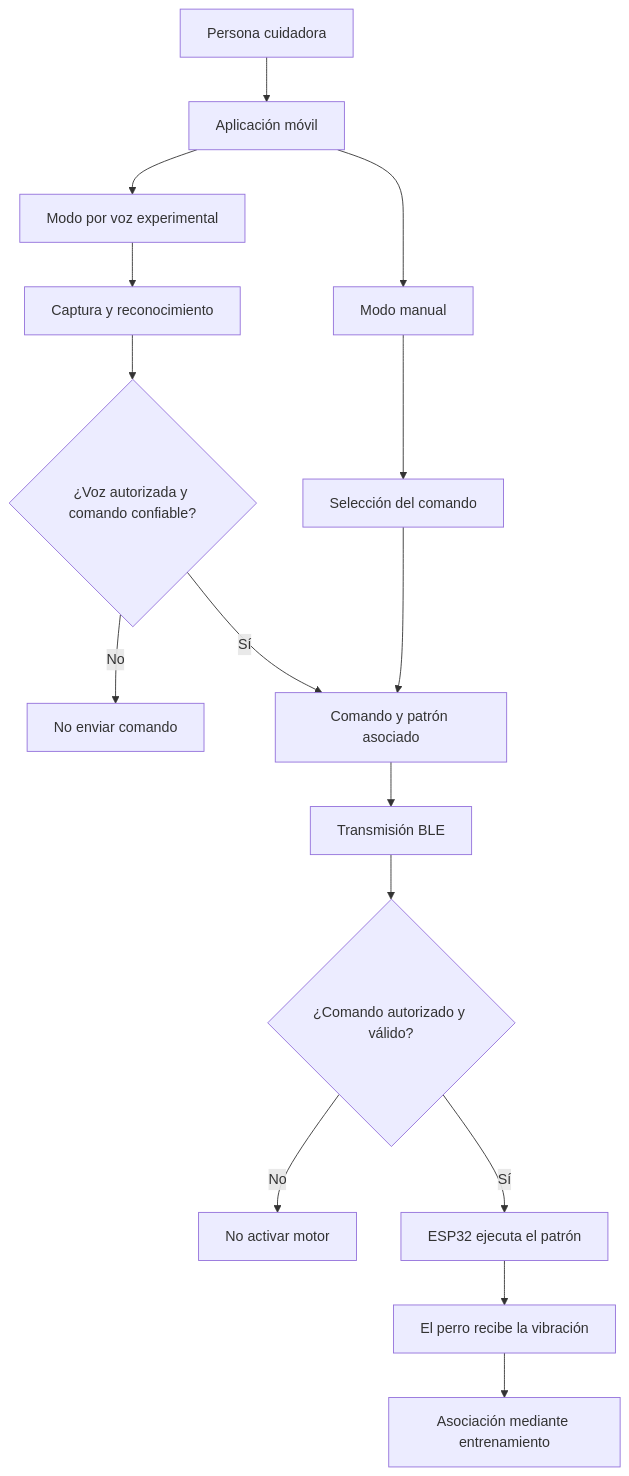
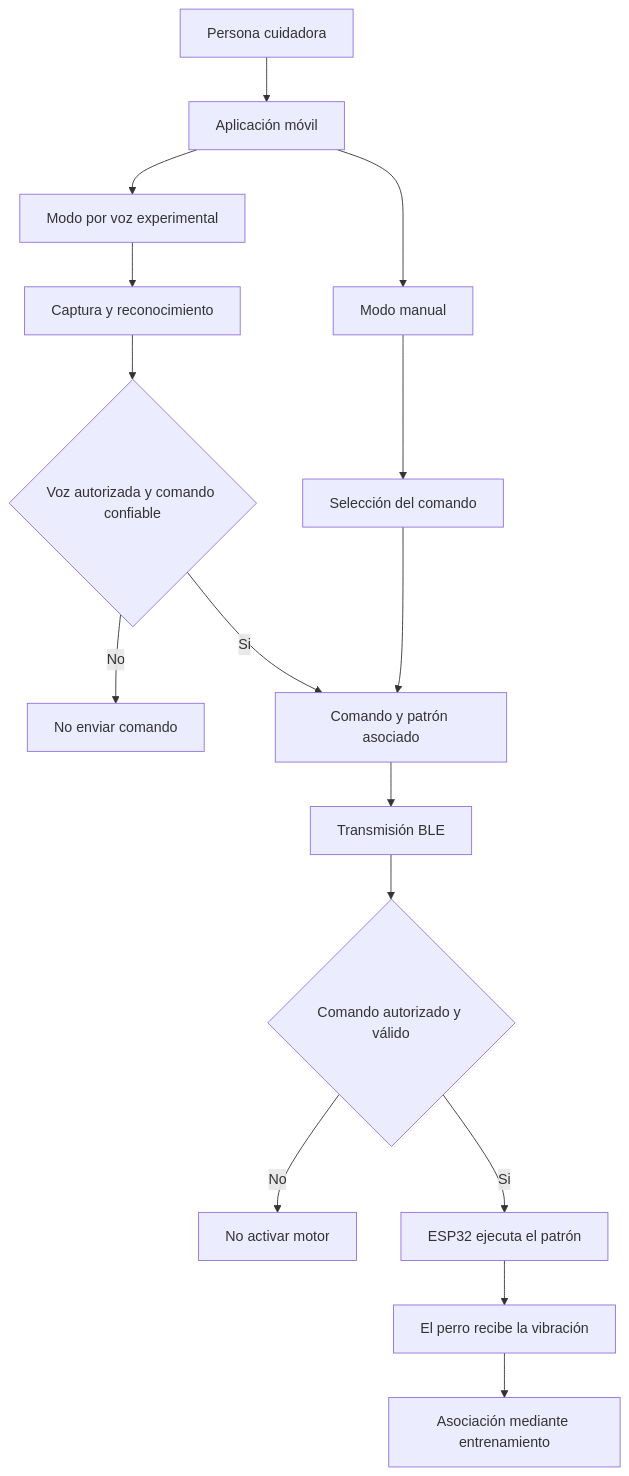
Before and after one commit to LOLA-1980/smartleash: the diagram in README.md, drawn with Mermaid.

Commit message:
Fix flowchart syntax in README.md

````diff
--- a/README.md
+++ b/README.md
@@ -306,21 +306,21 @@
 ```mermaid
 flowchart TD
     A["Persona cuidadora"] --> B["Aplicación móvil"]
     B --> C["Modo manual"]
     B --> D["Modo por voz experimental"]
 
     C --> E["Selección del comando"]
     D --> F["Captura y reconocimiento"]
-    F --> G{"¿Voz autorizada y comando confiable?"}
+    F --> G{"Voz autorizada y comando confiable"}
 
-    G -- "No" --> H["No enviar comando"]
-    G -- "Sí" --> I["Comando y patrón asociado"]
+    G -->|No| H["No enviar comando"]
+    G -->|Si| I["Comando y patrón asociado"]
     E --> I
 
     I --> J["Transmisión BLE"]
-    J --> K{"¿Comando autorizado y válido?"}
-    K -- "No" --> L["No activar motor"]
-    K -- "Sí" --> M["ESP32 ejecuta el patrón"]
+    J --> K{"Comando autorizado y válido"}
+    K -->|No| L["No activar motor"]
+    K -->|Si| M["ESP32 ejecuta el patrón"]
     M --> N["El perro recibe la vibración"]
     N --> O["Asociación mediante entrenamiento"]
 ```
````
